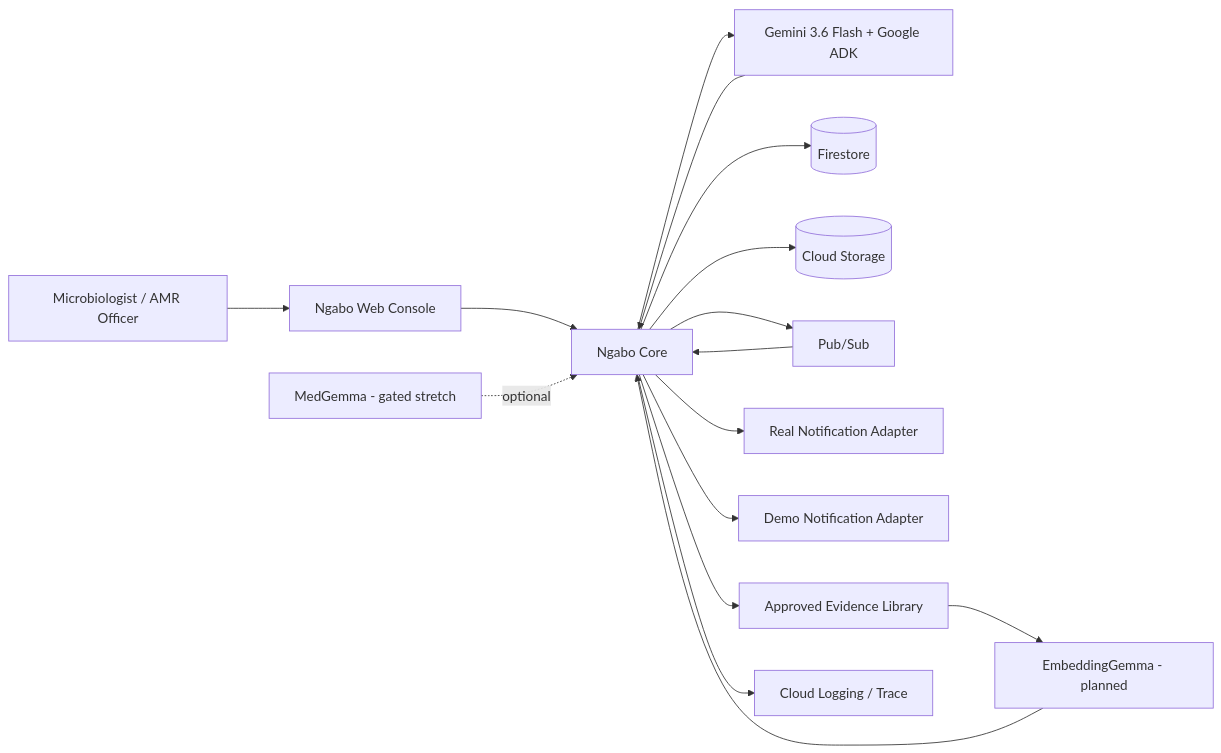
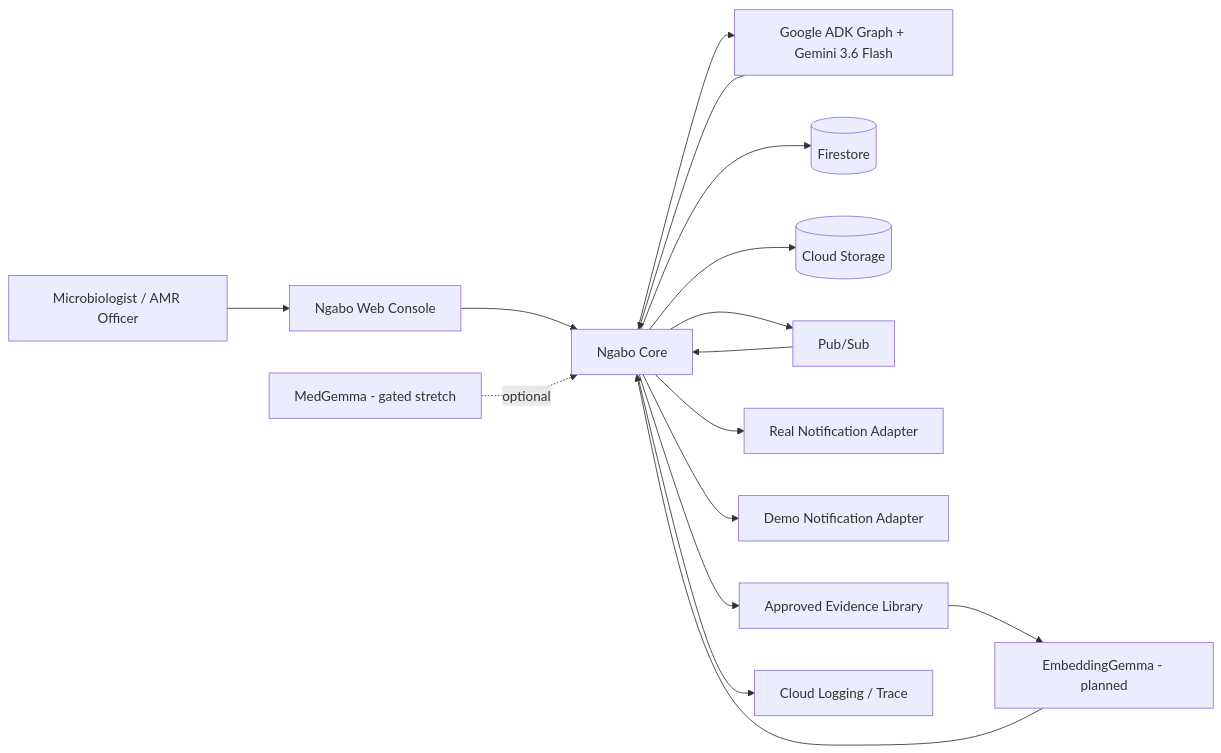
The first of 11 diagrams in docs/SYSTEM_DESIGN.md (ronnielutaro/Ngabo-AMR-Surveillance), drawn with Mermaid before and after one commit. The commit also changed other lines of this file, not shown here.

Commit message:
docs(architecture): show graph-first investigation design

````diff
--- a/docs/SYSTEM_DESIGN.md
+++ b/docs/SYSTEM_DESIGN.md
@@ -40,32 +46,32 @@
 ```mermaid
 flowchart LR
     U[Microbiologist / AMR Officer]
     W[Ngabo Web Console]
     C[Ngabo Core]
-    G[Gemini 3.6 Flash + Google ADK]
+    G[Google ADK Graph + Gemini 3.6 Flash]
     EG[EmbeddingGemma - planned]
     MG[MedGemma - gated stretch]
     F[(Firestore)]
     S[(Cloud Storage)]
     P[Pub/Sub]
     N[Real Notification Adapter]
     D[Demo Notification Adapter]
     E[Approved Evidence Library]
     O[Cloud Logging / Trace]
 
     U --> W
     W --> C
     C --> S
     C --> F
     C --> P
     P --> C
     C --> G
     G --> C
     C --> E
     E --> EG
     EG --> C
     MG -. optional .-> C
     C --> N
     C --> D
     C --> O
 ```
````
